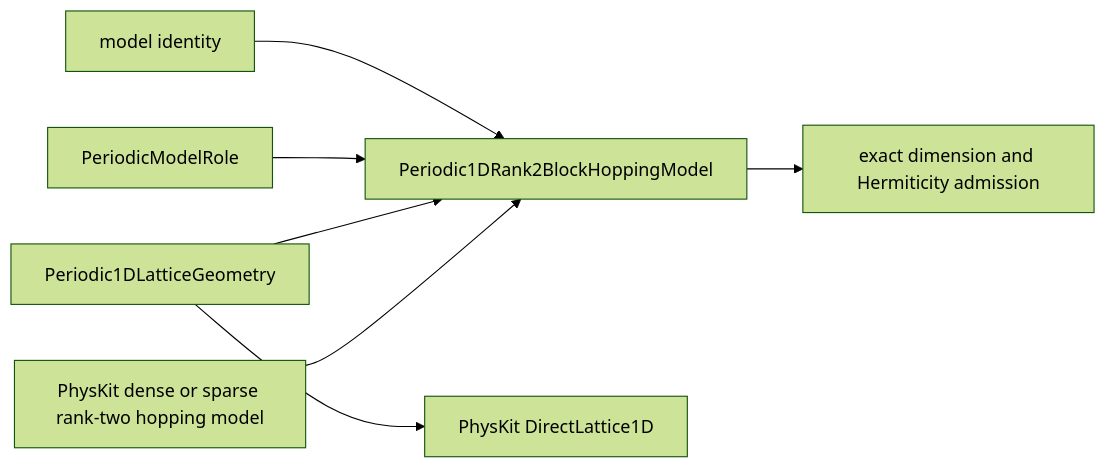
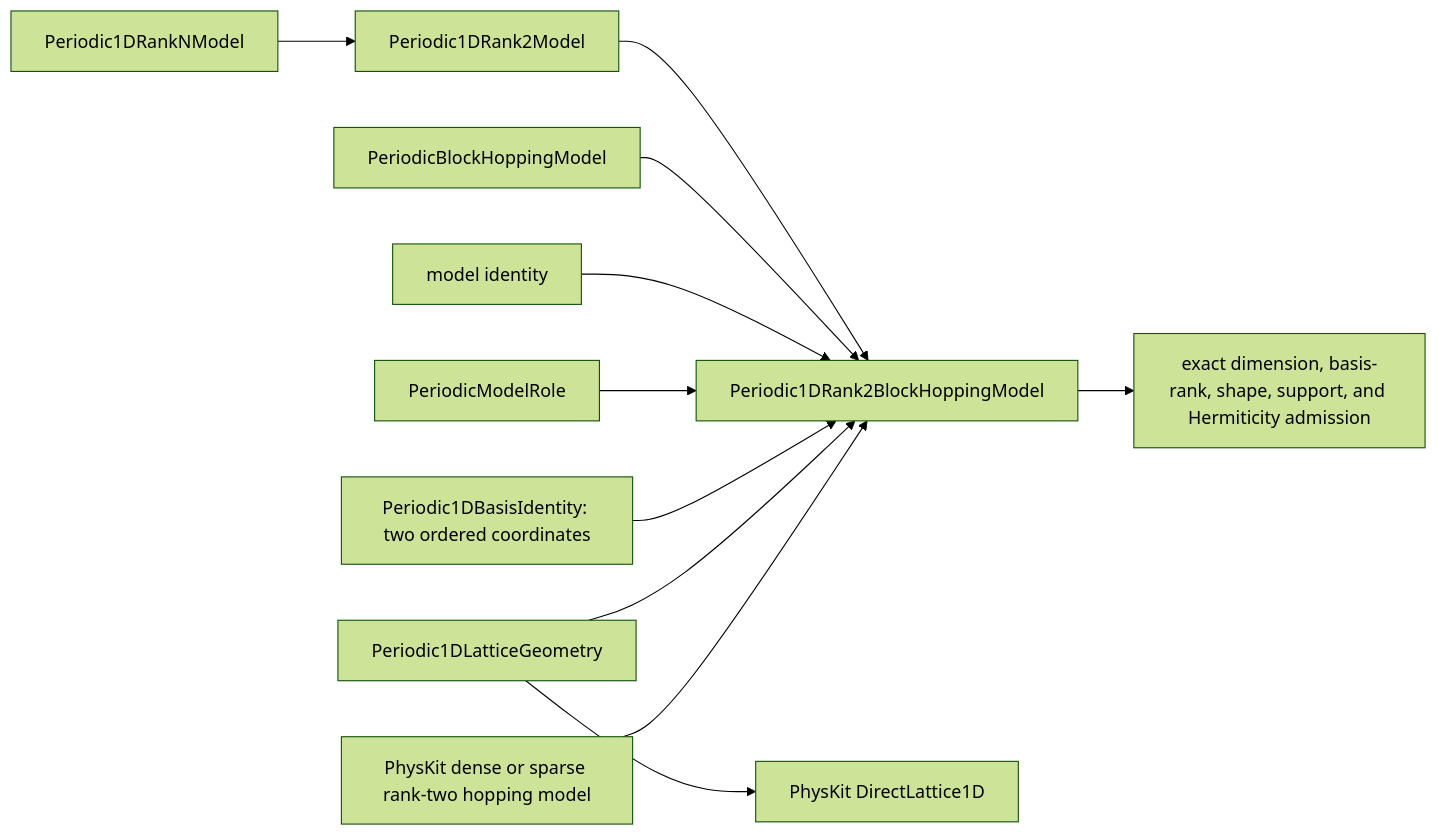
One commit to eragasa/ksdft2effmass changed the first of 2 diagrams in docs/architecture/v3/ksdft2effmass/periodic/periodic1d/rank2/models/Periodic1DRank2BlockHoppingModel/schematics.md. Above: the diagram before and after it, drawn with Mermaid (forest theme). The commit also changed 83 other files, not shown here.

````diff
--- a/docs/architecture/v3/ksdft2effmass/periodic/periodic1d/rank2/models/Periodic1DRank2BlockHoppingModel/schematics.md
+++ b/docs/architecture/v3/ksdft2effmass/periodic/periodic1d/rank2/models/Periodic1DRank2BlockHoppingModel/schematics.md
@@ -3,9 +3,13 @@
 ```mermaid
 flowchart LR
-    I[model identity] --> M[Periodic1DRank2BlockHoppingModel]
+    N[Periodic1DRankNModel] --> Q[Periodic1DRank2Model]
+    Q --> M[Periodic1DRank2BlockHoppingModel]
+    H0[PeriodicBlockHoppingModel] --> M
+    I[model identity] --> M
     R[PeriodicModelRole] --> M
+    B[Periodic1DBasisIdentity: two ordered coordinates] --> M
     G[Periodic1DLatticeGeometry] --> M
     G --> L[PhysKit DirectLattice1D]
     H[PhysKit dense or sparse rank-two hopping model] --> M
-    M --> A[exact dimension and Hermiticity admission]
+    M --> A[exact dimension, basis-rank, shape, support, and Hermiticity admission]
 ```
````
